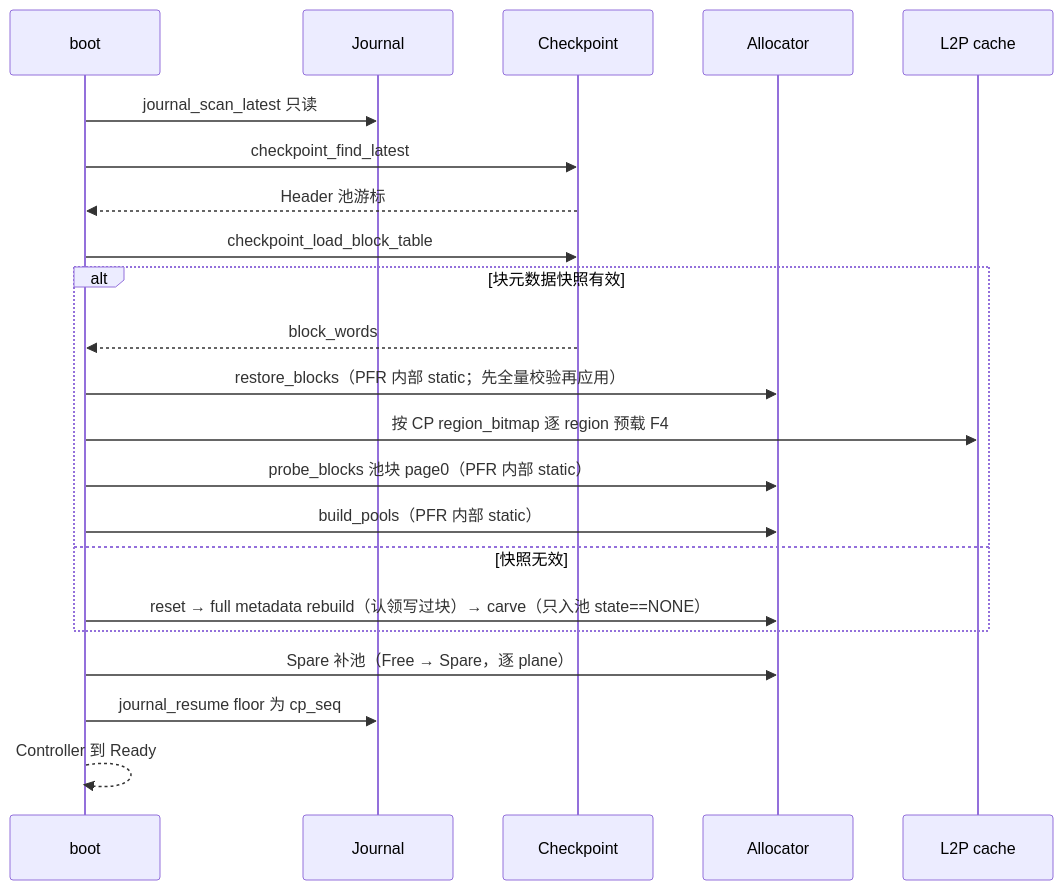
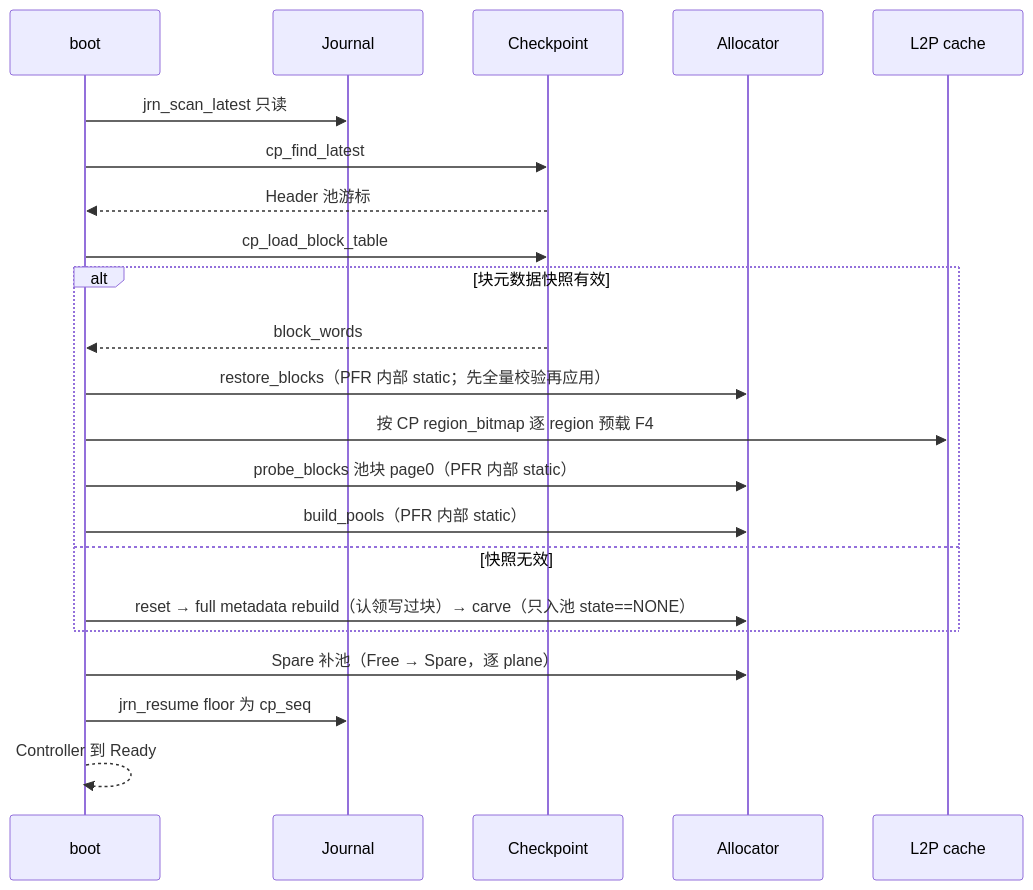
Before and after one commit to YzYMIAO/BASESSD: diagram 24 of 32 in docs/design/ftl_design.md, drawn with Mermaid. The commit also changed other lines of this file and 48 other files, not shown here.

````diff
--- a/docs/design/ftl_design.md
+++ b/docs/design/ftl_design.md
@@ -3616,25 +3616,25 @@
 ```mermaid
 sequenceDiagram
     participant B as boot
     participant J as Journal
     participant C as Checkpoint
     participant A as Allocator
     participant L as L2P cache
 
-    B->>J: journal_scan_latest 只读
-    B->>C: checkpoint_find_latest
+    B->>J: jrn_scan_latest 只读
+    B->>C: cp_find_latest
     C-->>B: Header 池游标
-    B->>C: checkpoint_load_block_table
+    B->>C: cp_load_block_table
     alt 块元数据快照有效
         C-->>B: block_words
         B->>A: restore_blocks（PFR 内部 static；先全量校验再应用）
         B->>L: 按 CP region_bitmap 逐 region 预载 F4
         B->>A: probe_blocks 池块 page0（PFR 内部 static）
         B->>A: build_pools（PFR 内部 static）
     else 快照无效
         B->>A: reset → full metadata rebuild（认领写过块）→ carve（只入池 state==NONE）
     end
     B->>A: Spare 补池（Free → Spare，逐 plane）
-    B->>J: journal_resume floor 为 cp_seq
+    B->>J: jrn_resume floor 为 cp_seq
     B-->>B: Controller 到 Ready
 ```
````
